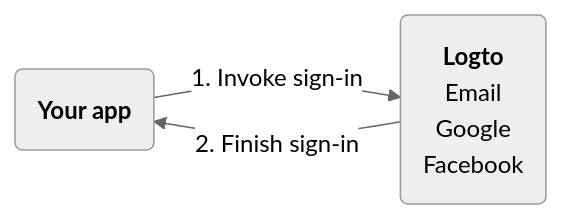
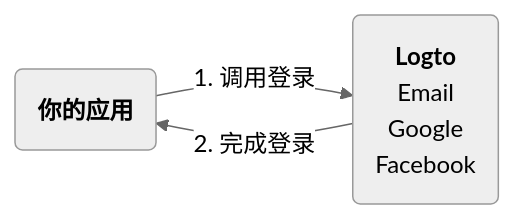
Before and after one commit to logto-io/docs: the second of 5 diagrams in i18n/zh-CN/docusaurus-plugin-content-docs/current/concepts/sign-in-experience.mdx, drawn with Mermaid (neutral theme). The commit also changed other lines of this file and 449 other files, not shown here.

````diff
--- a/i18n/zh-CN/docusaurus-plugin-content-docs/current/concepts/sign-in-experience.mdx
+++ b/i18n/zh-CN/docusaurus-plugin-content-docs/current/concepts/sign-in-experience.mdx
@@ -32,5 +32,5 @@
 ```mermaid
 graph LR
-    A(<b>Your app</b>) -->|1. Invoke sign-in| B("<b>Logto</b>\nEmail\nGoogle\nFacebook")
-    B -->|2. Finish sign-in| A
+    A(<b>你的应用</b>) -->|1. 调用登录| B("<b>Logto</b>\nEmail\nGoogle\nFacebook")
+    B -->|2. 完成登录| A
 ```
````
